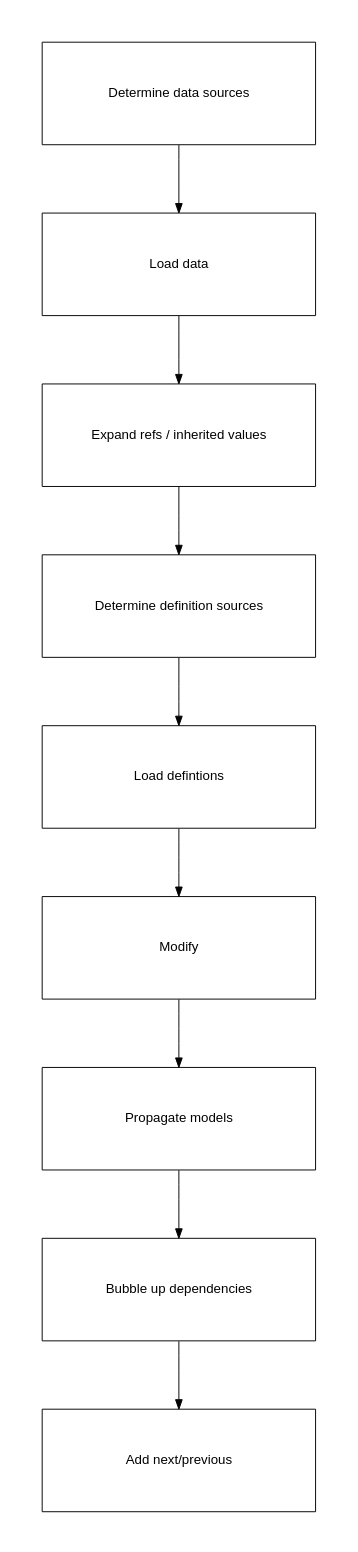
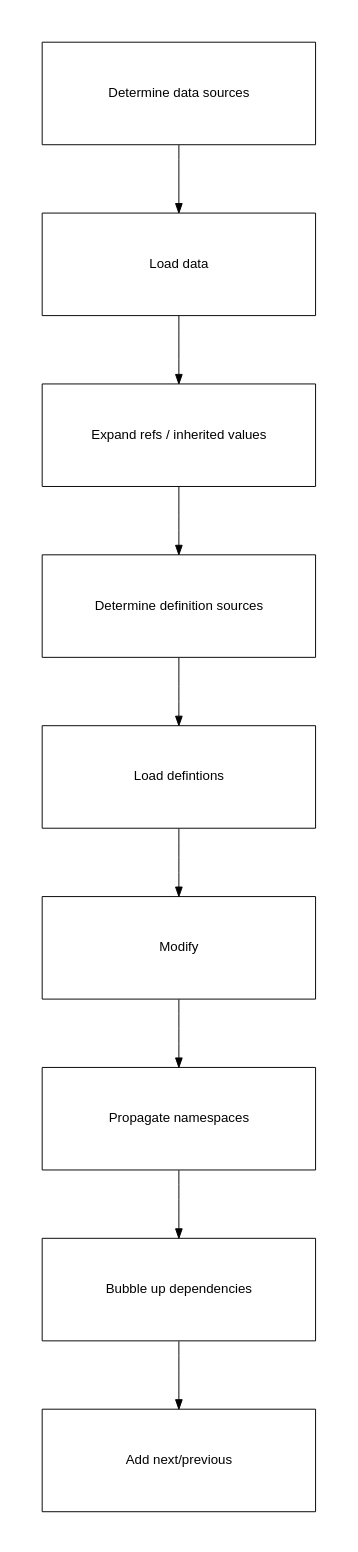
The diagram in documentation/process/runner/runtime.dot (solidgoldpig/fb-specification), drawn with Graphviz before and after one commit. The commit also changed 31 other files, not shown here.

```diff
--- a/documentation/process/runner/runtime.dot
+++ b/documentation/process/runner/runtime.dot
@@ -1,22 +1,22 @@
 digraph {
   newrank=true
   size = "40,20"
   graph [pad="0.5", ranksep="1", nodesep="1"]
   node [fontname = "helvetica", width=4, height=1.5]
 
   node [shape = box, fillcolor = white, fontcolor=black, width=4];
   findData [label = "Determine data sources"]
   loadData [label = "Load data"]
   expandRefs [label = "Expand refs / inherited values"]
   findDefs [label = "Determine definition sources"]
   loadDefs [label = "Load defintions"]
   modifyData [label = "Modify"]
-  propagateModels [label = "Propagate models"]
+  propagateNamespaces [label = "Propagate namespaces"]
   bubbleDepends [label = "Bubble up dependencies"]
   addFlow [label = "Add next/previous"]
 
   node [shape = diamond, style = filled, fillcolor = gray90, fontcolor=black, width=1.5];
 
-  findData -> loadData -> expandRefs -> findDefs -> loadDefs -> modifyData -> propagateModels -> bubbleDepends -> addFlow;
+  findData -> loadData -> expandRefs -> findDefs -> loadDefs -> modifyData -> propagateNamespaces -> bubbleDepends -> addFlow;
 
 }
```
